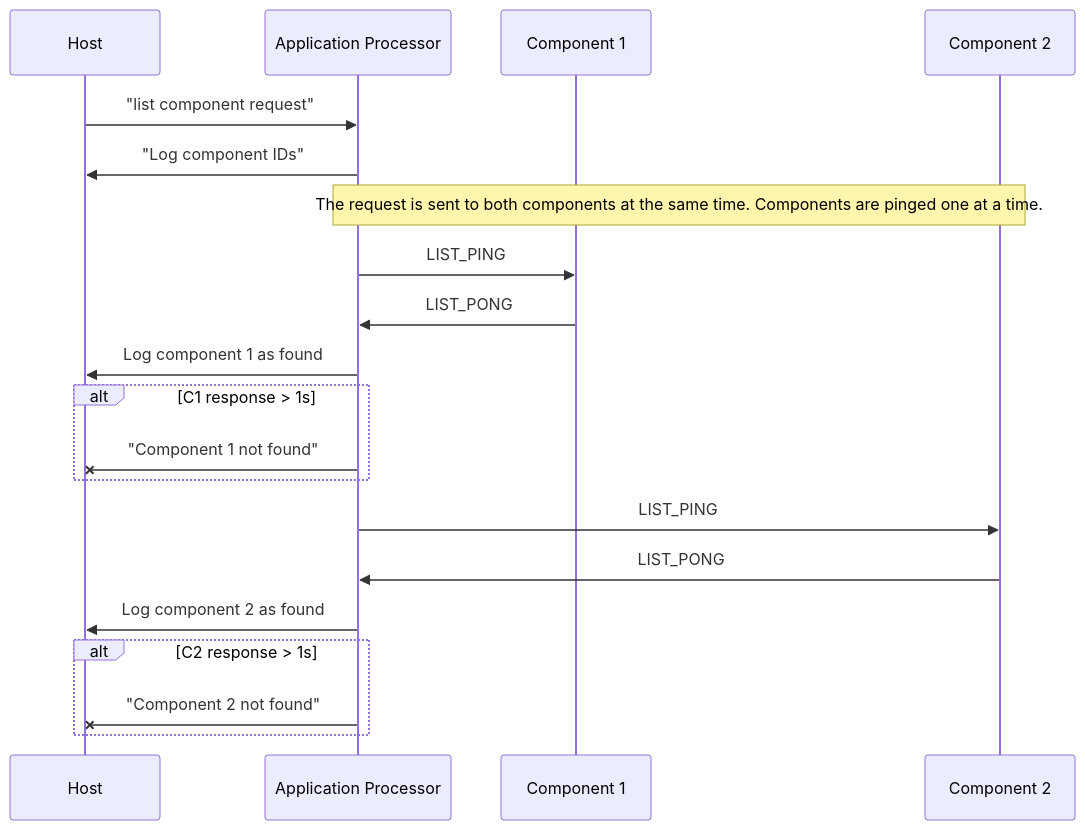
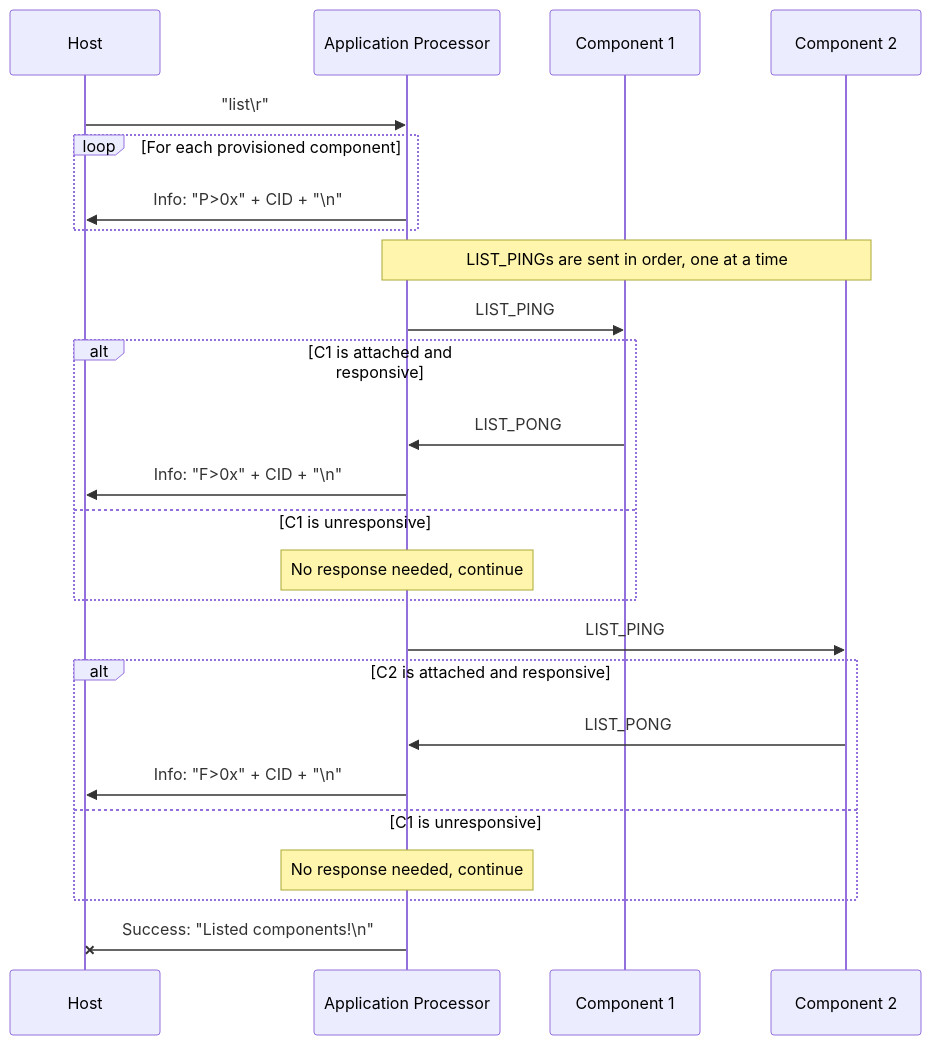
The first of 4 diagrams in docs/misc_protocol.md (sigpwny/2024-ectf-uiuc), drawn with Mermaid before and after one commit. The commit also changed other lines of this file, not shown here.

````diff
--- a/docs/misc_protocol.md
+++ b/docs/misc_protocol.md
@@ -14,24 +14,27 @@
 ```mermaid
 sequenceDiagram
   participant H as Host
   participant AP as Application Processor
   participant C1 as Component 1
   participant C2 as Component 2
-  H ->> AP: "list component request"
-  AP ->> H: "Log component IDs"
-  Note over AP, C2: The request is sent to both components at the same time. Components are pinged one at a time.
+  H ->> AP: "list\r"
+  loop For each provisioned component
+    AP ->> H: Info: "P>0x" + CID + "\n"
+  end
+  Note over AP, C2: LIST_PINGs are sent in order, one at a time
   AP ->> C1: LIST_PING
-  C1 ->> AP: LIST_PONG
-  
- 
-  AP ->> H: Log component 1 as found
-  alt C1 response > 1s
-    AP -x H: "Component 1 not found"
+  alt C1 is attached and responsive
+    C1 ->> AP: LIST_PONG
+    AP ->> H: Info: "F>0x" + CID + "\n"
+  else C1 is unresponsive
+    Note over AP: No response needed, continue
   end
   AP ->> C2: LIST_PING
-  C2 ->> AP: LIST_PONG
-  AP ->> H: Log component 2 as found
-  alt C2 response > 1s
-    AP -x H: "Component 2 not found"
+  alt C2 is attached and responsive
+    C2 ->> AP: LIST_PONG
+    AP ->> H: Info: "F>0x" + CID + "\n"
+  else C1 is unresponsive
+    Note over AP: No response needed, continue
   end
+  AP -x H: Success: "Listed components!\n"
 ```
````
